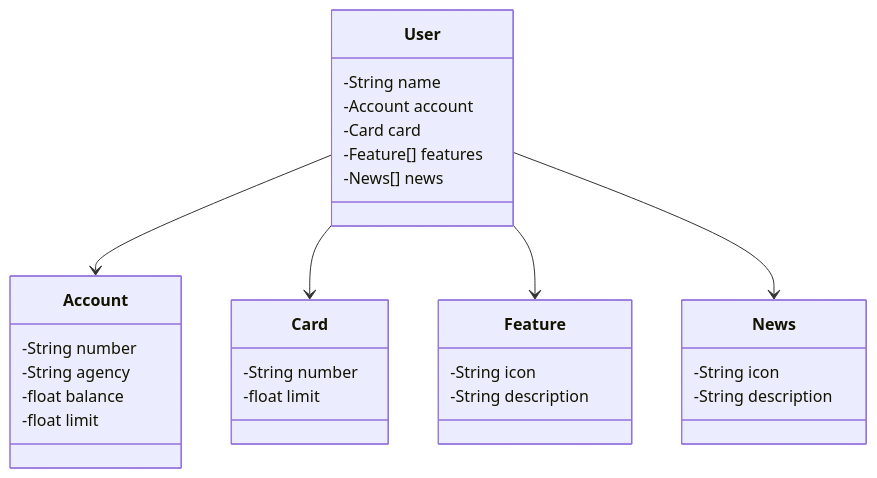
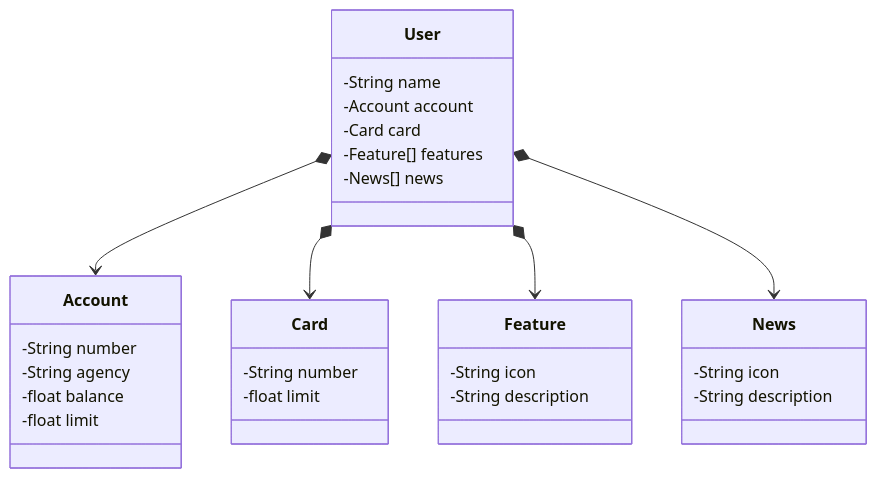
The diagram in santander-dev-week-2023/Santander Dev Week 2023 Java API.md (kaioabreu62/dio-trilha-java-avan-ado), drawn with Mermaid before and after one commit.

Commit message:
Update Santander Dev Week 2023 Java API.md

````diff
--- a/santander-dev-week-2023/Santander Dev Week 2023 Java API.md
+++ b/santander-dev-week-2023/Santander Dev Week 2023 Java API.md
@@ -6,37 +6,37 @@
 ```mermaid
 classDiagram
     class User {
         -String name
         -Account account
         -Card card
         -Feature[] features
         -News[] news
     }
 
     class Account {
         -String number
         -String agency
         -float balance
         -float limit
     }
 
     class Card {
         -String number
         -float limit
     }
 
     class Feature {
         -String icon
         -String description
     }
 
     class News {
         -String icon
         -String description
     }
 
-    User --> Account
-    User --> Card
-    User --> Feature
-    User --> News
+    User *--> Account
+    User *--> Card
+    User *--> Feature
+    User *--> News
 ```
````
